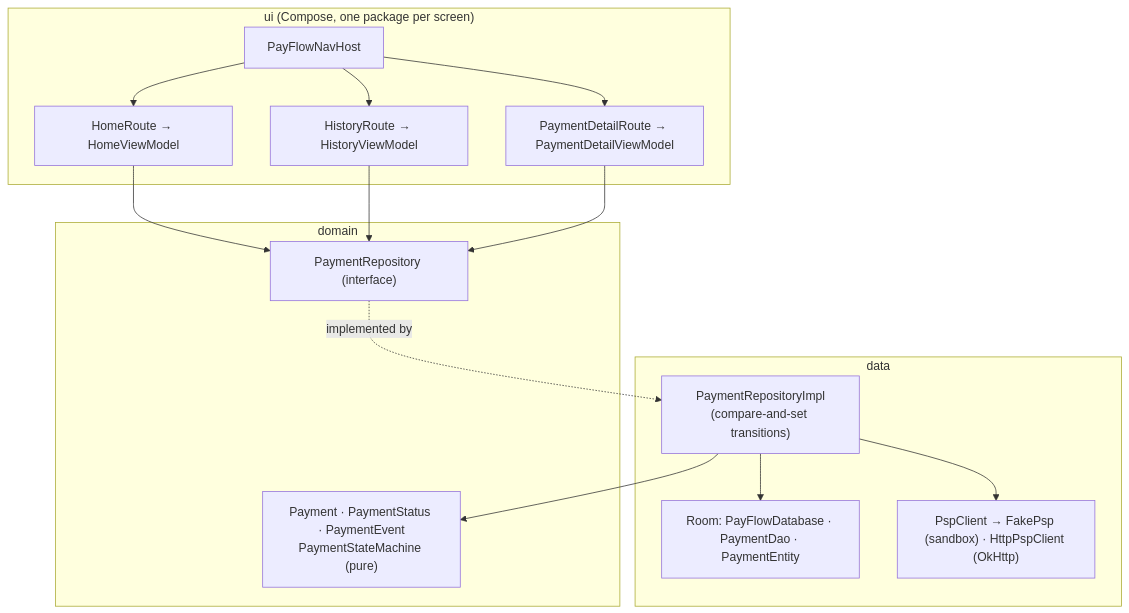
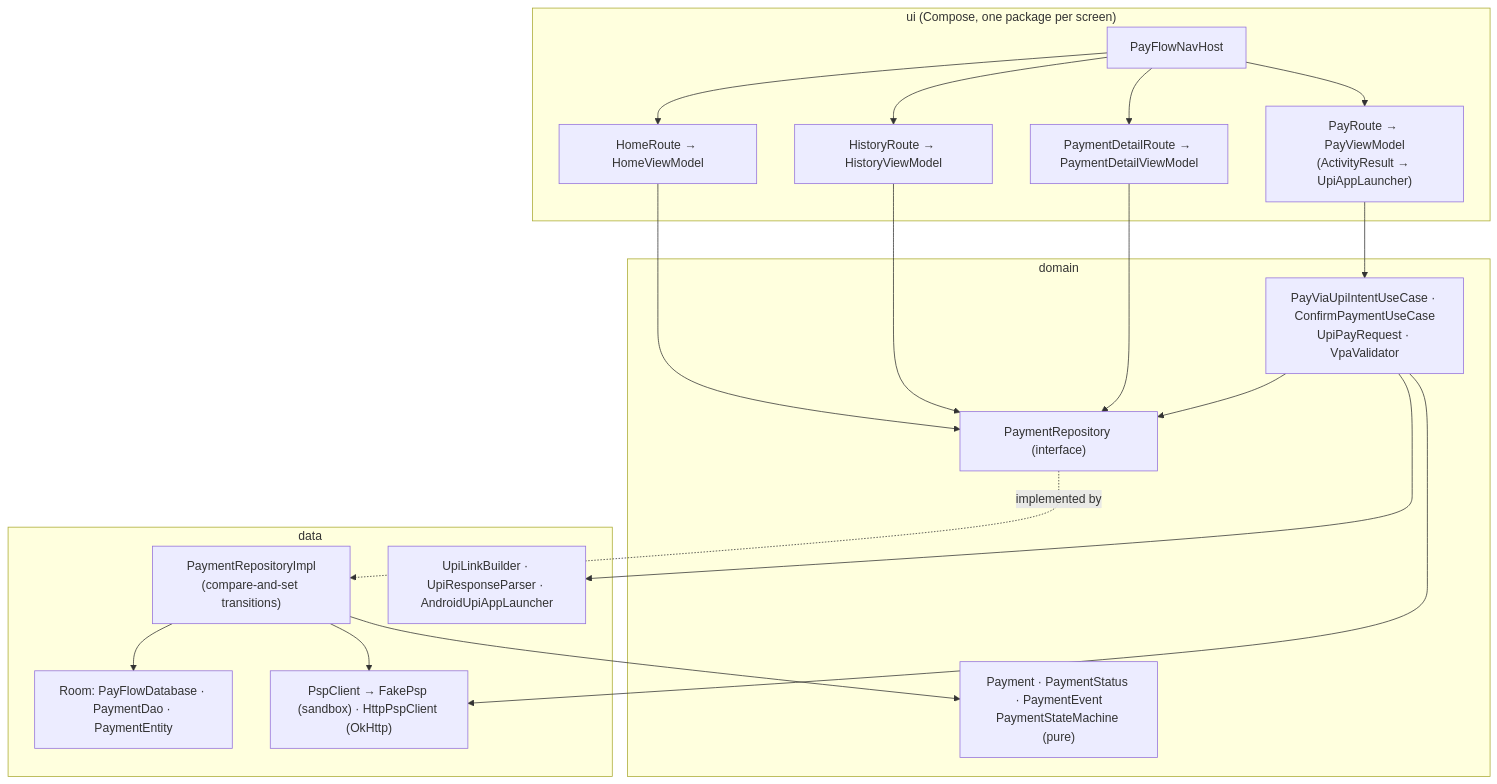
One commit to Darshan-05032003/PayFlow changed the first of 2 diagrams in README.md. Above: the diagram before and after it, drawn with Mermaid. The commit also changed other lines of this file and 33 other files, not shown here.

First line of the commit message:
feat(payflow): add UPI intent flow with PSP status confirmation

````diff
--- a/README.md
+++ b/README.md
@@ -48,24 +48,30 @@
 ```mermaid
 flowchart TB
     subgraph ui["ui (Compose, one package per screen)"]
         nav["PayFlowNavHost"]
         home["HomeRoute → HomeViewModel"]
         history["HistoryRoute → HistoryViewModel"]
         detail["PaymentDetailRoute → PaymentDetailViewModel"]
+        pay["PayRoute → PayViewModel<br/>(ActivityResult → UpiAppLauncher)"]
     end
     subgraph domain["domain"]
         model["Payment · PaymentStatus · PaymentEvent<br/>PaymentStateMachine (pure)"]
         repo["PaymentRepository (interface)"]
+        usecases["PayViaUpiIntentUseCase · ConfirmPaymentUseCase<br/>UpiPayRequest · VpaValidator"]
     end
     subgraph data["data"]
         repoImpl["PaymentRepositoryImpl<br/>(compare-and-set transitions)"]
         room["Room: PayFlowDatabase · PaymentDao · PaymentEntity"]
         psp["PspClient → FakePsp (sandbox) · HttpPspClient (OkHttp)"]
+        upi["UpiLinkBuilder · UpiResponseParser · AndroidUpiAppLauncher"]
     end
-    nav --> home & history & detail
+    nav --> home & history & detail & pay
     home & history & detail --> repo
+    pay --> usecases --> repo
+    usecases --> psp
+    usecases --> upi
     repo -. implemented by .-> repoImpl
     repoImpl --> room
     repoImpl --> model
     repoImpl --> psp
 ```
````
